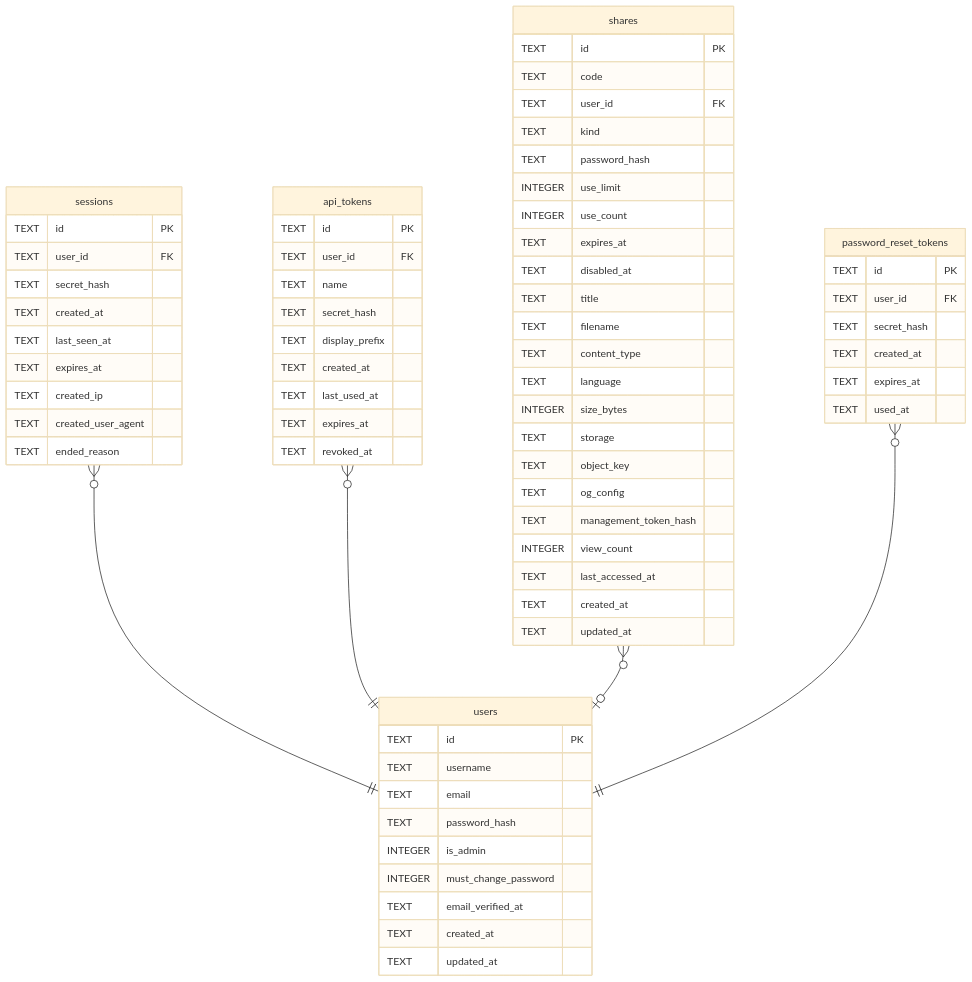
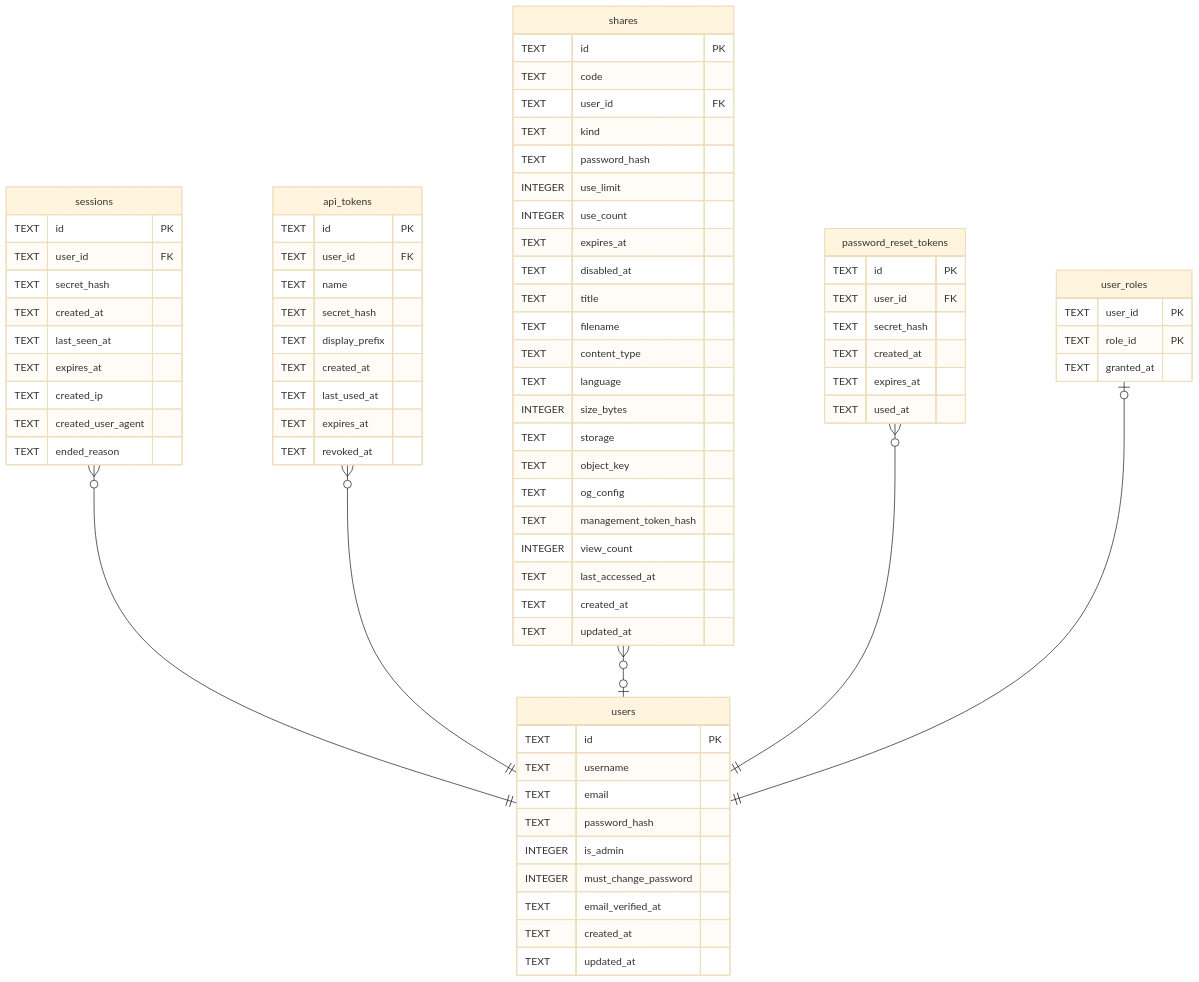
The diagram in docs/schema/users.md (Limatura/tessera), drawn with Mermaid (base theme) before and after one commit. The commit also changed other lines of this file and 29 other files, not shown here.

````diff
--- a/docs/schema/users.md
+++ b/docs/schema/users.md
@@ -64,74 +64,80 @@
 ```mermaid
 erDiagram
 
 "sessions" }o--|| "users" : ""
 "api_tokens" }o--|| "users" : ""
 "shares" }o--o| "users" : ""
 "password_reset_tokens" }o--|| "users" : ""
+"user_roles" |o--|| "users" : ""
 
 "users" {
   TEXT id PK
   TEXT username
   TEXT email
   TEXT password_hash
   INTEGER is_admin
   INTEGER must_change_password
   TEXT email_verified_at
   TEXT created_at
   TEXT updated_at
 }
 "sessions" {
   TEXT id PK
   TEXT user_id FK
   TEXT secret_hash
   TEXT created_at
   TEXT last_seen_at
   TEXT expires_at
   TEXT created_ip
   TEXT created_user_agent
   TEXT ended_reason
 }
 "api_tokens" {
   TEXT id PK
   TEXT user_id FK
   TEXT name
   TEXT secret_hash
   TEXT display_prefix
   TEXT created_at
   TEXT last_used_at
   TEXT expires_at
   TEXT revoked_at
 }
 "shares" {
   TEXT id PK
   TEXT code
   TEXT user_id FK
   TEXT kind
   TEXT password_hash
   INTEGER use_limit
   INTEGER use_count
   TEXT expires_at
   TEXT disabled_at
   TEXT title
   TEXT filename
   TEXT content_type
   TEXT language
   INTEGER size_bytes
   TEXT storage
   TEXT object_key
   TEXT og_config
   TEXT management_token_hash
   INTEGER view_count
   TEXT last_accessed_at
   TEXT created_at
   TEXT updated_at
 }
 "password_reset_tokens" {
   TEXT id PK
   TEXT user_id FK
   TEXT secret_hash
   TEXT created_at
   TEXT expires_at
   TEXT used_at
 }
+"user_roles" {
+  TEXT user_id PK
+  TEXT role_id PK
+  TEXT granted_at
+}
 ```
````
